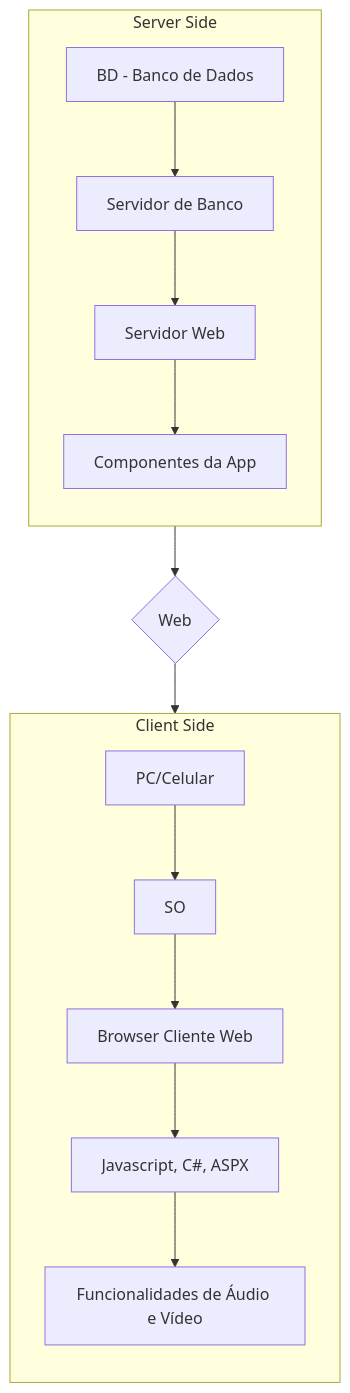
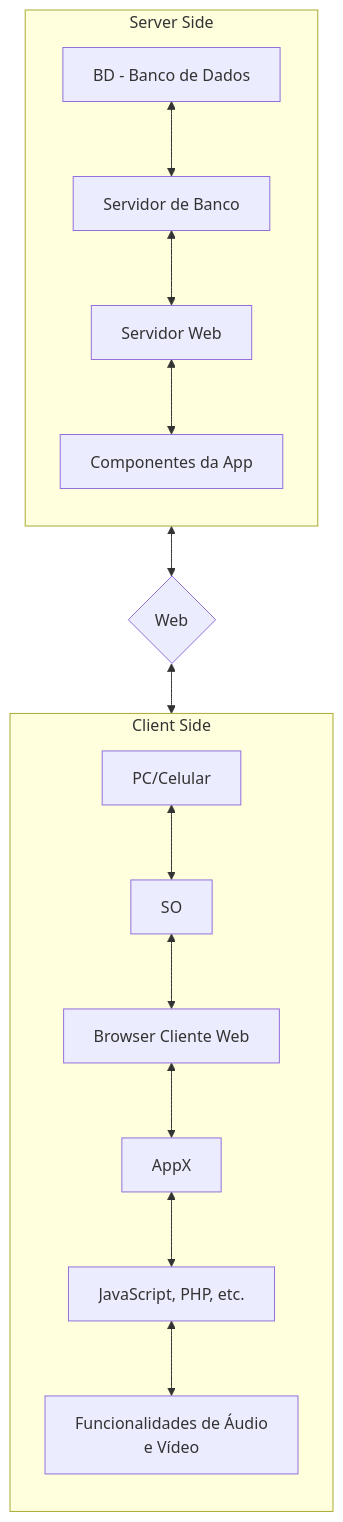
Before and after one commit to Healzy1/icaro_reis: the fourth of 4 diagrams in README.md, drawn with Mermaid.

````diff
--- a/README.md
+++ b/README.md
@@ -929,25 +929,26 @@
 ```mermaid
 flowchart TB
     %% Server Side
     subgraph "Server Side"
-        direction TB
-        A[BD - Banco de Dados] --> B[Servidor de Banco]
-        B --> C[Servidor Web]
-        C --> D[Componentes da App]
+        direction BT
+        D[Componentes da App] <--> C[Servidor Web]
+        C <--> B[Servidor de Banco]
+        B <--> A[BD - Banco de Dados]
     end
 
     %% Web
-    C --> E{Web}
+    C <--> E{Web}
 
     %% Client Side
     subgraph "Client Side"
-        direction TB
-        F[PC/Celular] --> G[SO]
-        G --> H[Browser Cliente Web]
-        H --> I[Javascript, C#, ASPX]
-        I --> J[Funcionalidades de Áudio e Vídeo]
+        direction BT
+        K[Funcionalidades de Áudio<br>e Vídeo] <--> J[JavaScript, PHP, etc.]
+        J <--> I[AppX]
+        I <--> H[Browser Cliente Web]
+        H <--> G[SO]
+        G <--> F[PC/Celular]
     end
 
     %% Conexão entre Server Side e Client Side via Web
-    E --> H
+    E <--> H
 ```
````
